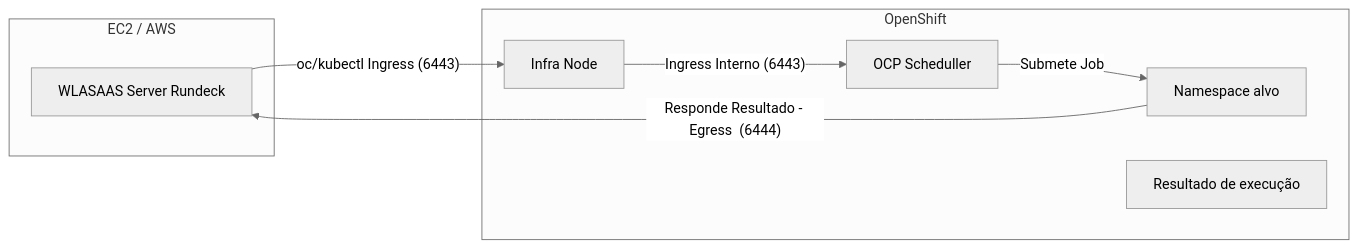
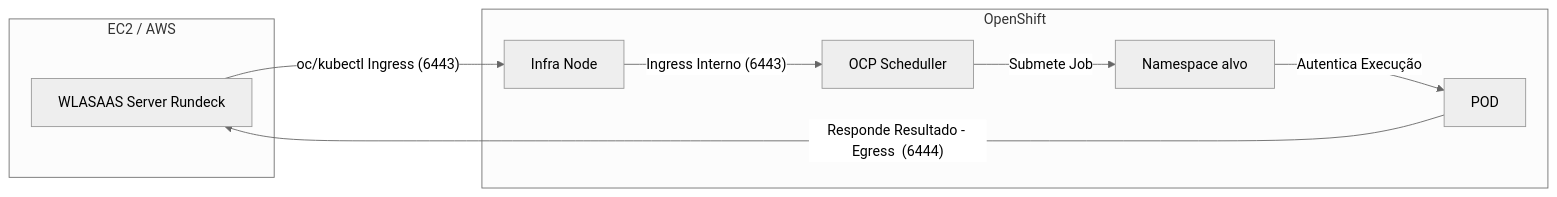
The diagram in README.md (mbenedicto99/CTM_OCP), drawn with Mermaid (neutral theme) before and after one commit.

Commit message:
WLASaaS->OCP 20250912

````diff
--- a/README.md
+++ b/README.md
@@ -127,19 +127,20 @@
 ```mermaid
 flowchart LR
   subgraph AWS["EC2 / AWS"]
     CM["WLASAAS Server Rundeck"]
   end
 
   subgraph OCP["OpenShift"]
     IN["Infra Node"]
     API["OCP Scheduller"]
     NS["Namespace alvo"]
-    AG["Resultado de execução"]
+    AG["POD"]
   end
 
   CM -- "oc/kubectl Ingress (6443)" --> IN
   IN -- "Ingress Interno (6443)" --> API
   API -- "Submete Job" --> NS
 
-  NS -- "Responde Resultado - Egress  (6444)" --> CM
+  NS -- "Autentica Execução" --> AG
+  AG -- "Responde Resultado - Egress  (6444)" --> CM
 ```
````
